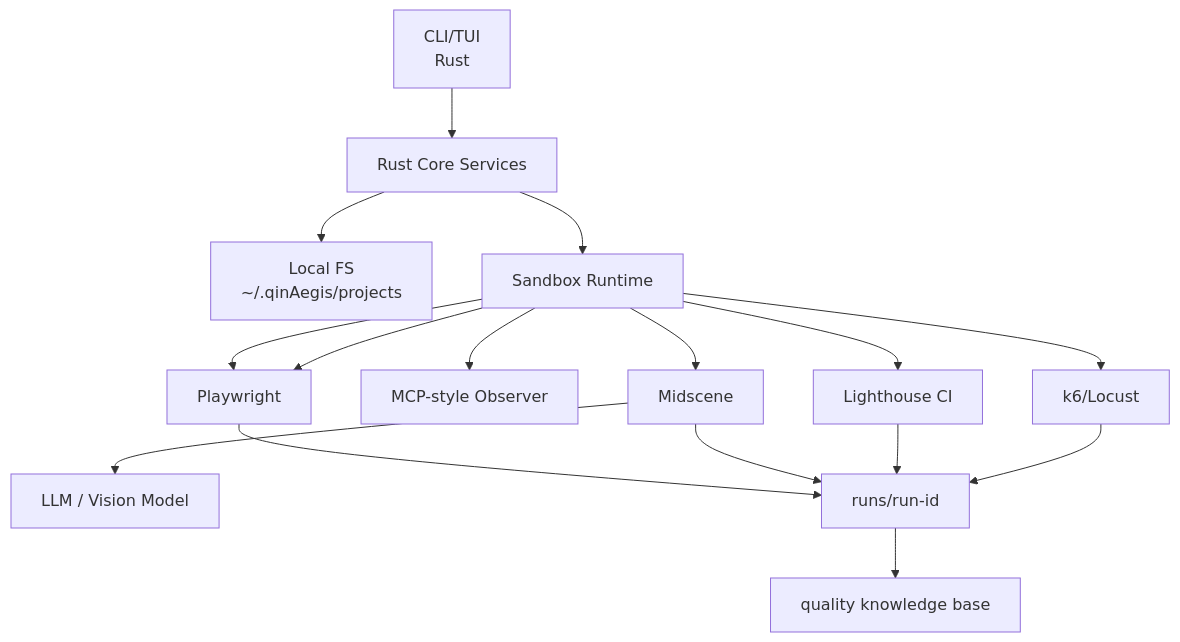
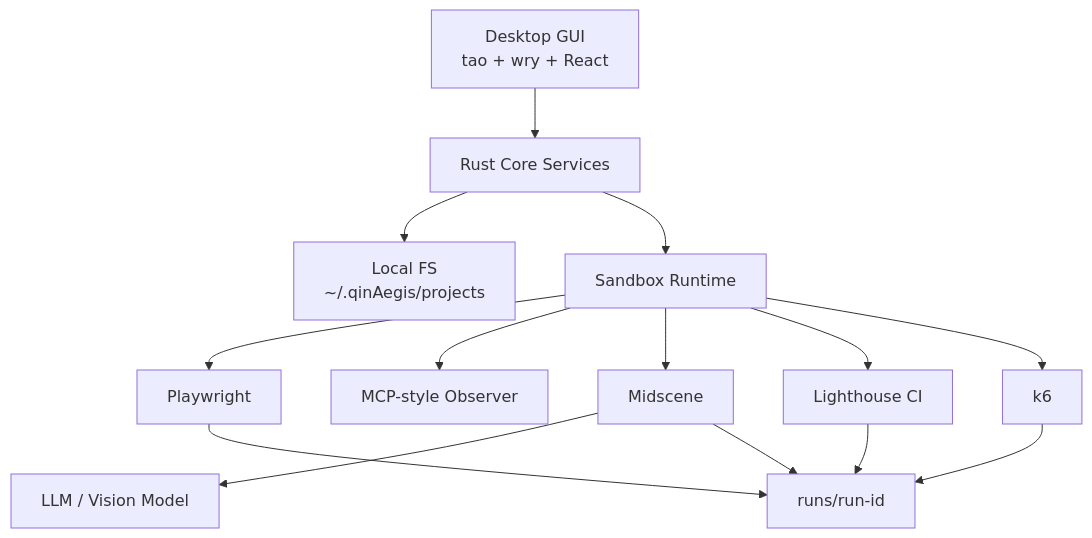
One commit to mbpz/qinAegis changed the diagram in README.md. Above: the diagram before and after it, drawn with Mermaid. The commit also changed other lines of this file and 57 other files, not shown here.

````diff
--- a/README.md
+++ b/README.md
@@ -93,20 +56,18 @@
 ```mermaid
 flowchart TB
-    CLI[CLI/TUI<br/>Rust] --> Core[Rust Core Services]
+    GUI[Desktop GUI<br/>tao + wry + React] --> Core[Rust Core Services]
     Core --> Storage[Local FS<br/>~/.qinAegis/projects]
     Core --> Runtime[Sandbox Runtime]
 
     Runtime --> Playwright[Playwright]
     Runtime --> Observer[MCP-style Observer]
-    Runtime --> Playwright[Playwright]
     Runtime --> Midscene[Midscene]
     Runtime --> Lighthouse[Lighthouse CI]
-    Runtime --> Load[k6/Locust]
+    Runtime --> Load[k6]
 
     Midscene --> Model[LLM / Vision Model]
     Playwright --> Runs[runs/run-id]
     Midscene --> Runs
     Lighthouse --> Runs
     Load --> Runs
-    Runs --> Knowledge[quality knowledge base]
 ```
````
